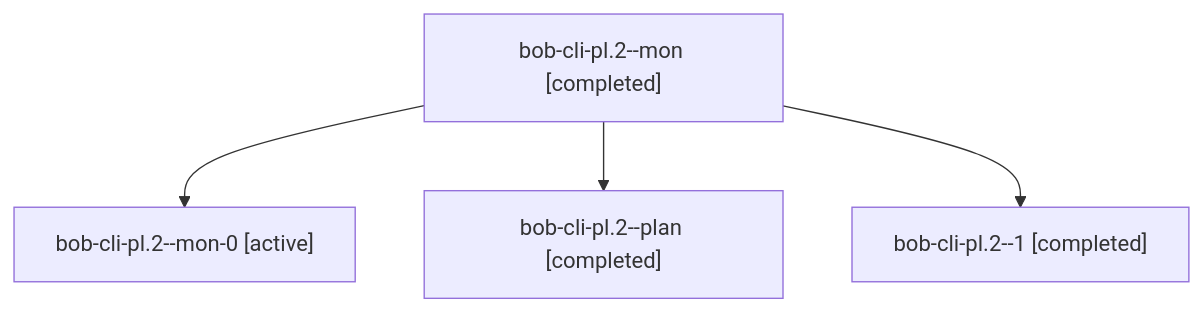
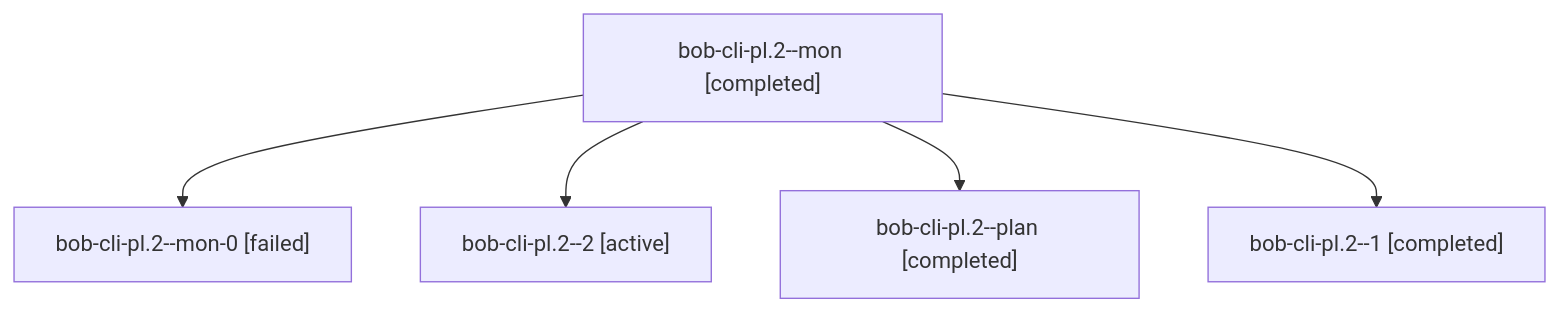
Before and after one commit to bobs-org/bob-cli--agents: the diagram in sessions/bbugyi200.apollo.bob-cli-pl.2.md, drawn with Mermaid. The commit also changed other lines of this file and 55 other files, not shown here.

````diff
--- a/sessions/bbugyi200.apollo.bob-cli-pl.2.md
+++ b/sessions/bbugyi200.apollo.bob-cli-pl.2.md
@@ -9,10 +9,12 @@
 ```mermaid
 flowchart TD
   n0["bob-cli-pl.2--mon [completed]"]
-  n1["bob-cli-pl.2--mon-0 [active]"]
+  n1["bob-cli-pl.2--mon-0 [failed]"]
   n0 --> n1
-  n2["bob-cli-pl.2--plan [completed]"]
+  n2["bob-cli-pl.2--2 [active]"]
   n0 --> n2
-  n3["bob-cli-pl.2--1 [completed]"]
+  n3["bob-cli-pl.2--plan [completed]"]
   n0 --> n3
+  n4["bob-cli-pl.2--1 [completed]"]
+  n0 --> n4
 ```
````
